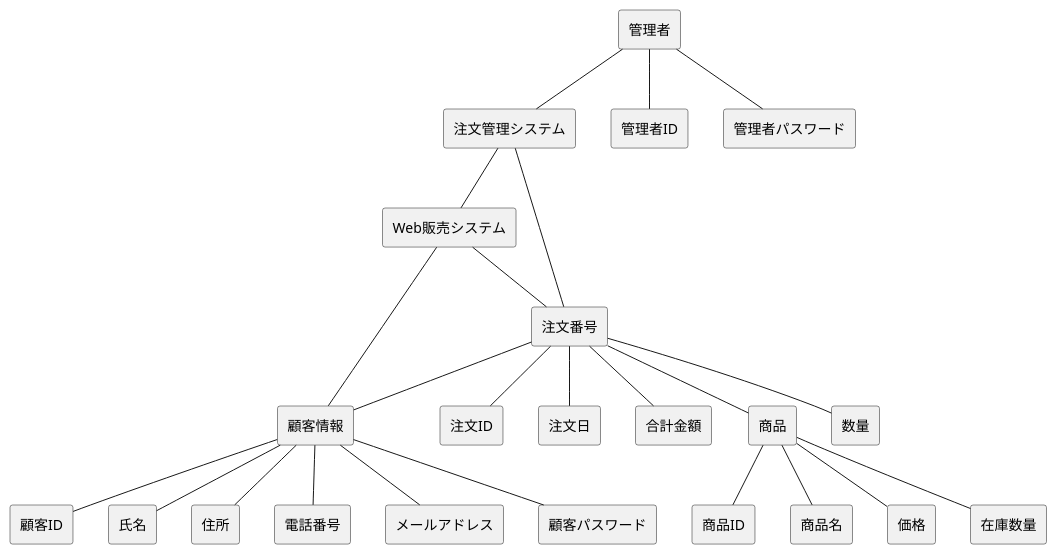
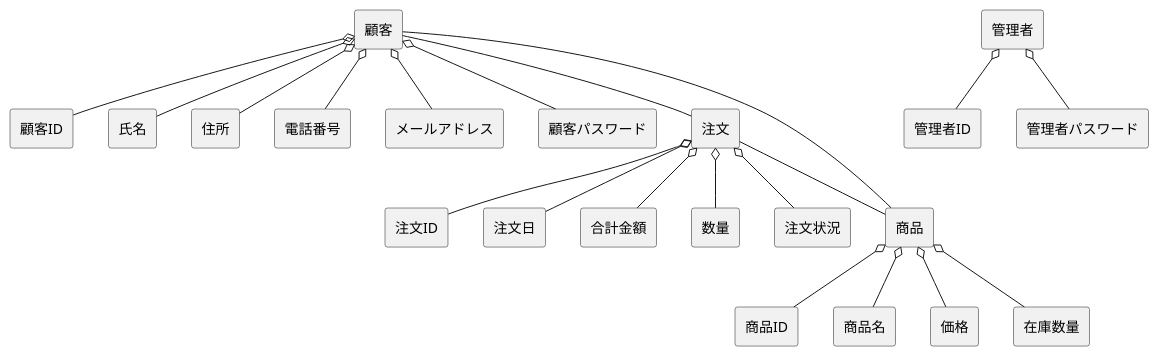
The diagram in group/3-3_総合演習1_BBショップ注文管理システム/ドメインモデル図/domain.pu (ko246/ohara_uml), drawn with PlantUML before and after one commit. The commit also changed 1 other file, not shown here.

Commit message:
ドメインモデル図修正

```diff
--- a/group/3-3_総合演習1_BBショップ注文管理システム/ドメインモデル図/domain.pu
+++ b/group/3-3_総合演習1_BBショップ注文管理システム/ドメインモデル図/domain.pu
@@ -1,30 +1,30 @@
 @startuml Robodogドメインモデル図
 skinparam componentStyle rectangle
 
-[注文管理システム] -- [Web販売システム]
-[注文管理システム] -- [注文番号]
-[Web販売システム] -- [注文番号]
-[管理者] -- [注文管理システム]
-[顧客情報] -- [Web販売システム]
-[顧客情報] -- [顧客ID]
-[顧客情報] -- [氏名]
-[顧客情報] -- [住所]
-[顧客情報] -- [電話番号]
-[顧客情報] -- [メールアドレス]
-[顧客情報] -- [顧客パスワード]
-[注文番号] -- [注文ID]
-[注文番号] -- [注文日]
-[注文番号] -- [合計金額]
-[商品] -- [商品ID]
-[商品] -- [商品名]
-[商品] -- [価格]
-[商品] -- [在庫数量]
-[注文番号] -- [顧客情報]
-[注文番号] -- [商品]
-[注文番号] -- [数量]
+[顧客] o-- [顧客ID]
+[顧客] o-- [氏名]
+[顧客] o-- [住所]
+[顧客] o-- [電話番号]
+[顧客] o-- [メールアドレス]
+[顧客] o-- [顧客パスワード]
 
-[管理者] -- [管理者ID]
-[管理者] -- [管理者パスワード]
+[注文] o-- [注文ID]
+[注文] o-- [注文日]
+[注文] o-- [合計金額]
+[注文] o-- [数量]
+[注文] o-- [注文状況]
+
+[商品] o-- [商品ID]
+[商品] o-- [商品名]
+[商品] o-- [価格]
+[商品] o-- [在庫数量]
+
+[商品] -- [顧客]
+[注文] -- [商品]
+[顧客] -- [注文]
+
+[管理者] o-- [管理者ID]
+[管理者] o-- [管理者パスワード]
 
 
 @enduml
```
